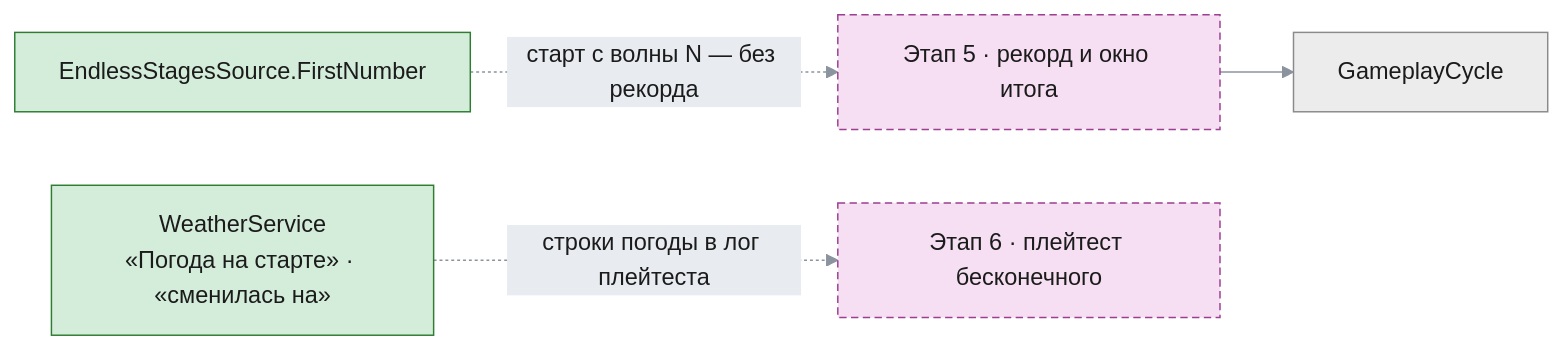
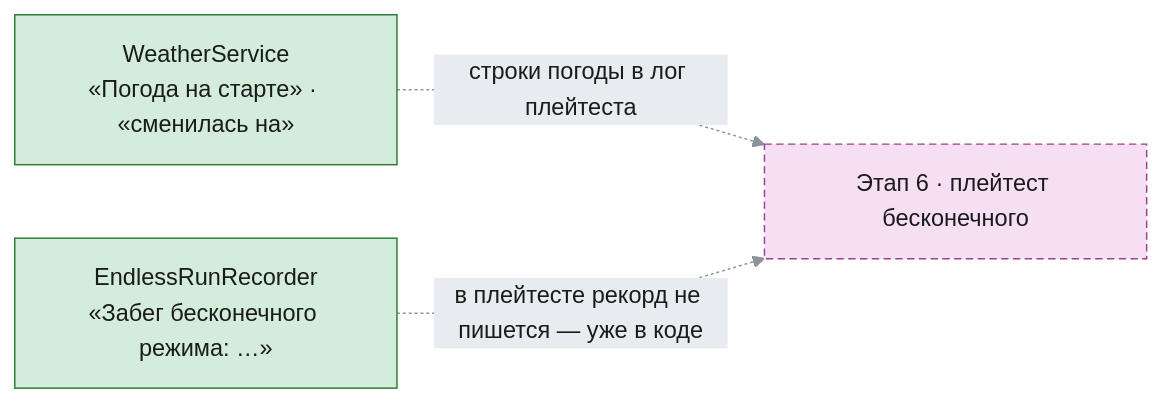
Diagram 32 of 33 in Docs/EndlessModeArchitecture.md (TheImperialGuard/KingdomStandTD), drawn with Mermaid before and after one commit. The commit also changed other lines of this file, not shown here.

Commit message:
docs(endless): Draw the record, the result window and the mode window of the endless mode

````diff
--- a/Docs/EndlessModeArchitecture.md
+++ b/Docs/EndlessModeArchitecture.md
@@ -927,13 +1066,12 @@
 ```mermaid
 %%{init: {"theme": "base", "themeVariables": {"primaryColor": "#dbe9f9", "primaryTextColor": "#1b1b1b", "primaryBorderColor": "#5b8fd1", "lineColor": "#8b949e", "textColor": "#8b949e", "edgeLabelBackground": "#e8ecf1", "clusterBkg": "rgba(139,148,158,0.10)", "clusterBorder": "#8b949e", "titleColor": "#8b949e"}}}%%
 flowchart LR
     classDef new fill:#d4edda,stroke:#2e7d32,color:#1b1b1b
     classDef changed fill:#fff3cd,stroke:#b7791f,color:#1b1b1b
     classDef old fill:#ececec,stroke:#8a8a8a,color:#1b1b1b
     classDef future fill:#f6dff3,stroke:#9c3f91,color:#1b1b1b,stroke-dasharray:5 3
 
-    Record["Этап 5 · рекорд и окно итога"]:::future --> GameplayCycle["GameplayCycle"]:::old
-    Source["EndlessStagesSource.FirstNumber"]:::new -.->|старт с волны N — без рекорда| Record
     Slice["Этап 6 · плейтест бесконечного"]:::future
     Weather["WeatherService<br/>«Погода на старте» · «сменилась на»"]:::new -.->|строки погоды в лог плейтеста| Slice
+    Recorder["EndlessRunRecorder<br/>«Забег бесконечного режима: …»"]:::new -.->|в плейтесте рекорд не пишется — уже в коде| Slice
 ```
````
